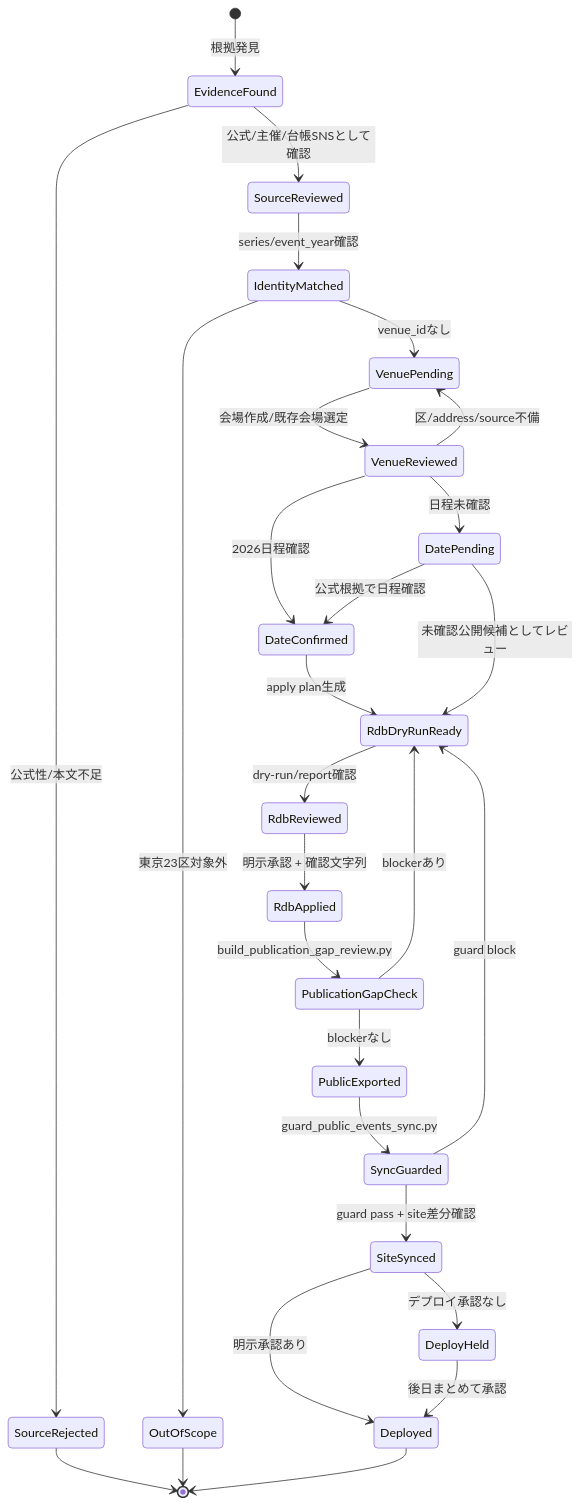
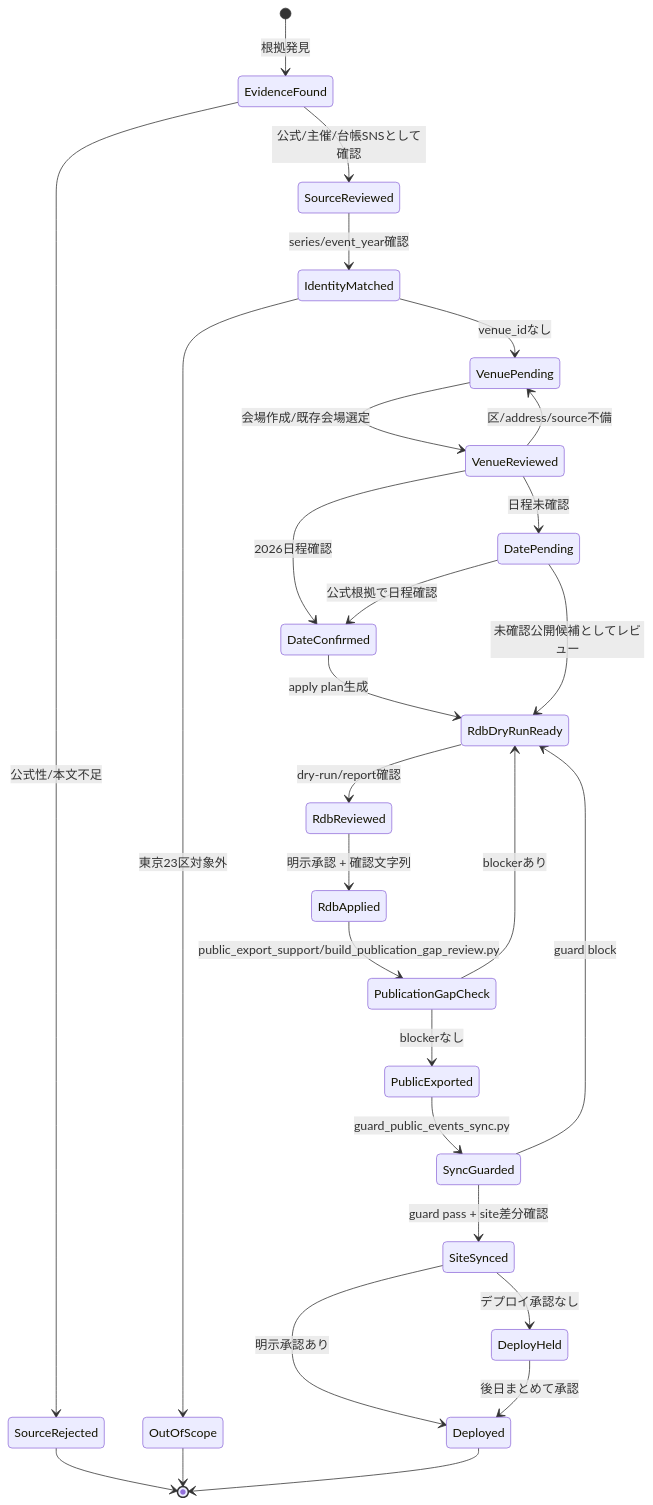
The diagram in docs/notion-flow-diagrams/06-state-machine.mmd (uryoutamomo/bon-odori-collector), drawn with Mermaid before and after one commit. The commit also changed 15 other files, not shown here.

```diff
--- a/docs/notion-flow-diagrams/06-state-machine.mmd
+++ b/docs/notion-flow-diagrams/06-state-machine.mmd
@@ -1,35 +1,35 @@
 stateDiagram-v2
   [*] --> EvidenceFound: 根拠発見
   EvidenceFound --> SourceRejected: 公式性/本文不足
   SourceRejected --> [*]
 
   EvidenceFound --> SourceReviewed: 公式/主催/台帳SNSとして確認
   SourceReviewed --> IdentityMatched: series/event_year確認
   IdentityMatched --> OutOfScope: 東京23区対象外
   OutOfScope --> [*]
 
   IdentityMatched --> VenuePending: venue_idなし
   VenuePending --> VenueReviewed: 会場作成/既存会場選定
   VenueReviewed --> VenuePending: 区/address/source不備
 
   VenueReviewed --> DatePending: 日程未確認
   VenueReviewed --> DateConfirmed: 2026日程確認
   DatePending --> DateConfirmed: 公式根拠で日程確認
 
   DateConfirmed --> RdbDryRunReady: apply plan生成
   DatePending --> RdbDryRunReady: 未確認公開候補としてレビュー
   RdbDryRunReady --> RdbReviewed: dry-run/report確認
   RdbReviewed --> RdbApplied: 明示承認 + 確認文字列
 
-  RdbApplied --> PublicationGapCheck: build_publication_gap_review.py
+  RdbApplied --> PublicationGapCheck: public_export_support/build_publication_gap_review.py
   PublicationGapCheck --> RdbDryRunReady: blockerあり
   PublicationGapCheck --> PublicExported: blockerなし
 
   PublicExported --> SyncGuarded: guard_public_events_sync.py
   SyncGuarded --> RdbDryRunReady: guard block
   SyncGuarded --> SiteSynced: guard pass + site差分確認
 
   SiteSynced --> DeployHeld: デプロイ承認なし
   SiteSynced --> Deployed: 明示承認あり
   DeployHeld --> Deployed: 後日まとめて承認
   Deployed --> [*]
```
